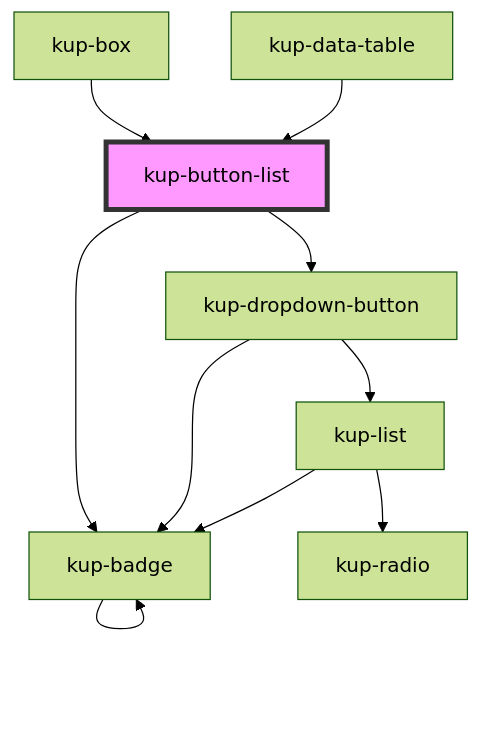
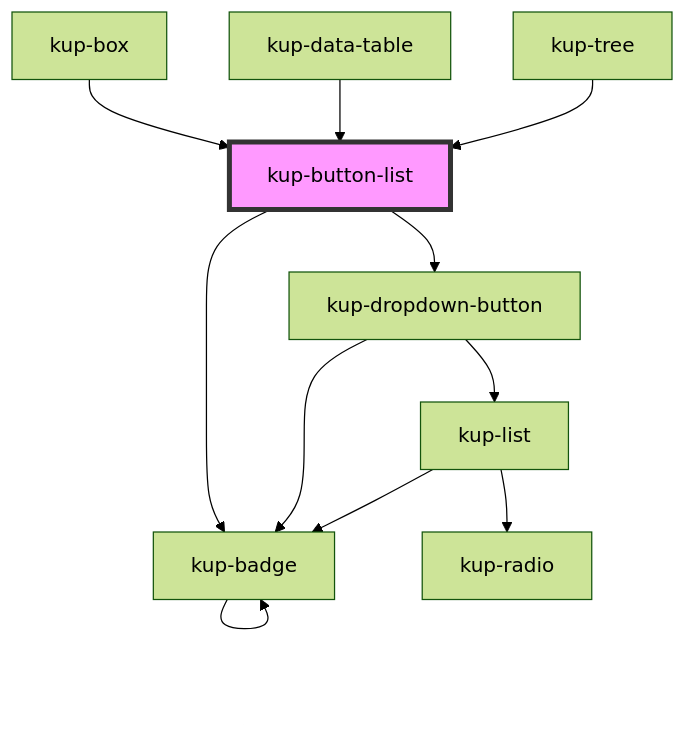
Before and after one commit to smeup/ketchup: the diagram in packages/ketchup/src/components/kup-button-list/readme.md, drawn with Mermaid (forest theme). The commit also changed other lines of this file and 12 other files, not shown here.

Commit message:
FCell: used in kup-tree.

````diff
--- a/packages/ketchup/src/components/kup-button-list/readme.md
+++ b/packages/ketchup/src/components/kup-button-list/readme.md
@@ -88,13 +89,14 @@
 ```mermaid
 graph TD;
   kup-button-list --> kup-dropdown-button
   kup-button-list --> kup-badge
   kup-dropdown-button --> kup-list
   kup-dropdown-button --> kup-badge
   kup-list --> kup-radio
   kup-list --> kup-badge
   kup-badge --> kup-badge
   kup-box --> kup-button-list
   kup-data-table --> kup-button-list
+  kup-tree --> kup-button-list
   style kup-button-list fill:#f9f,stroke:#333,stroke-width:4px
 ```
````
